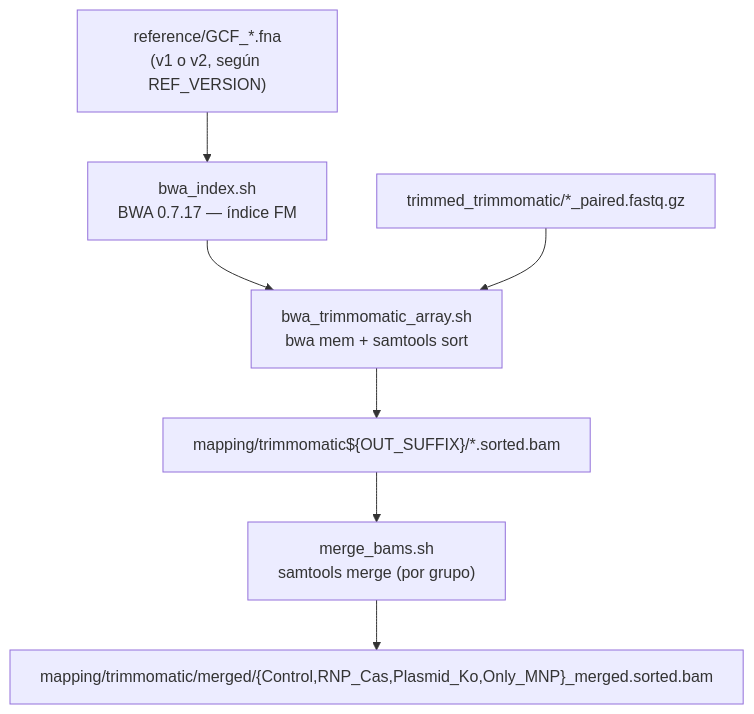
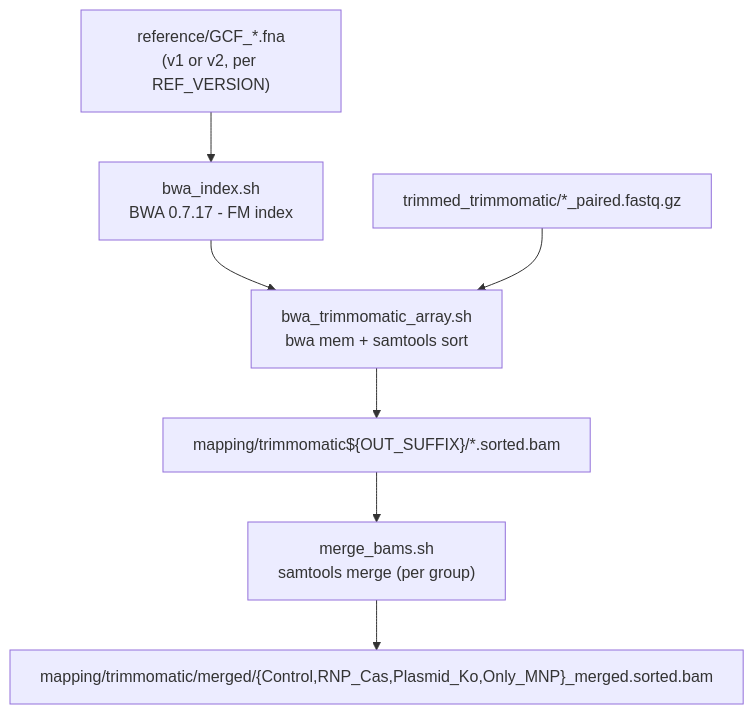
Before and after one commit to diegomartinez33/guppy-crispr-wgs-pipeline: the second of 9 diagrams in docs/PIPELINE.md, drawn with Mermaid. The commit also changed other lines of this file and 11 other files, not shown here.

````diff
--- a/docs/PIPELINE.md
+++ b/docs/PIPELINE.md
@@ -77,9 +77,9 @@
 ```mermaid
 flowchart TD
-    R["reference/GCF_*.fna\n(v1 o v2, según REF_VERSION)"] --> IDX["bwa_index.sh\nBWA 0.7.17 — índice FM"]
+    R["reference/GCF_*.fna\n(v1 or v2, per REF_VERSION)"] --> IDX["bwa_index.sh\nBWA 0.7.17 - FM index"]
     IDX --> M["bwa_trimmomatic_array.sh\nbwa mem + samtools sort"]
     T["trimmed_trimmomatic/*_paired.fastq.gz"] --> M
     M --> S["mapping/trimmomatic${OUT_SUFFIX}/*.sorted.bam"]
-    S --> MG["merge_bams.sh\nsamtools merge (por grupo)"]
+    S --> MG["merge_bams.sh\nsamtools merge (per group)"]
     MG --> GB["mapping/trimmomatic/merged/{Control,RNP_Cas,Plasmid_Ko,Only_MNP}_merged.sorted.bam"]
 ```
````
